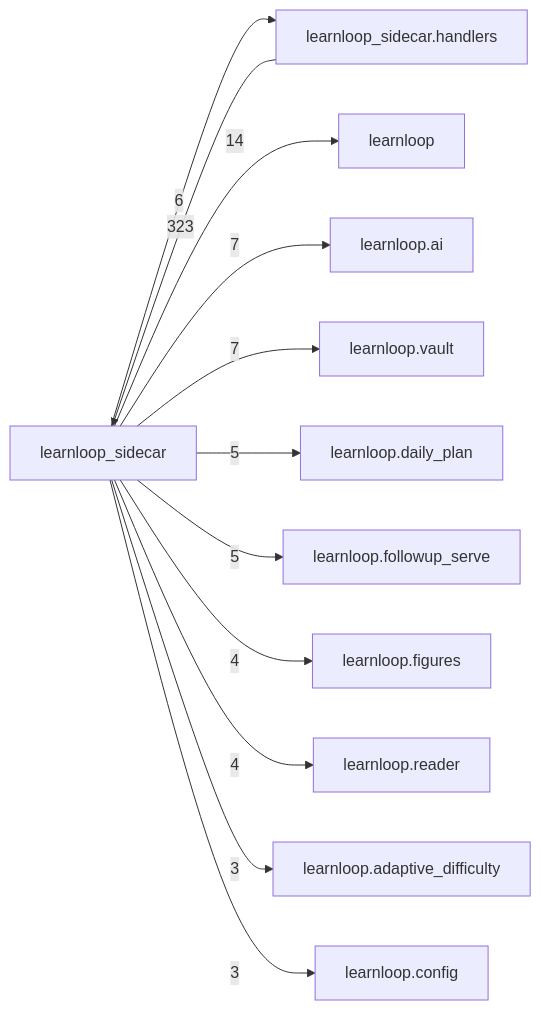
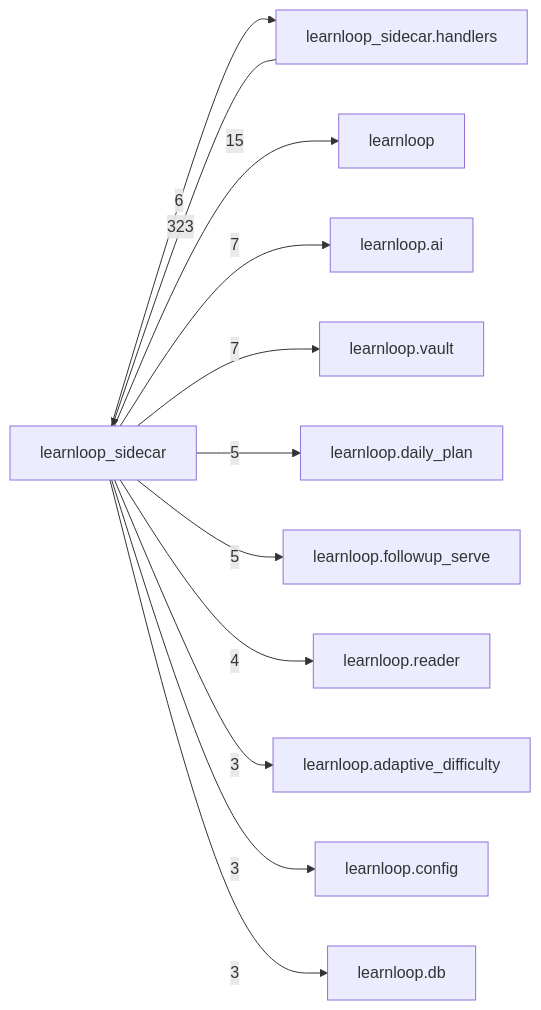
The diagram in docs/learnloop-architecture-vault/Reference/Modules/learnloop_sidecar/_package.md (6up-b/learnanything), drawn with Mermaid before and after one commit. The commit also changed other lines of this file and 49 other files, not shown here.

````diff
--- a/docs/learnloop-architecture-vault/Reference/Modules/learnloop_sidecar/_package.md
+++ b/docs/learnloop-architecture-vault/Reference/Modules/learnloop_sidecar/_package.md
@@ -128,25 +128,25 @@
 ```mermaid
 flowchart LR
     center["learnloop_sidecar"]
     n_learnloop_sidecar_handlers["learnloop_sidecar.handlers"]
     n_learnloop["learnloop"]
     n_learnloop_ai["learnloop.ai"]
     n_learnloop_vault["learnloop.vault"]
     n_learnloop_daily_plan["learnloop.daily_plan"]
     n_learnloop_followup_serve["learnloop.followup_serve"]
-    n_learnloop_figures["learnloop.figures"]
     n_learnloop_reader["learnloop.reader"]
     n_learnloop_adaptive_difficulty["learnloop.adaptive_difficulty"]
     n_learnloop_config["learnloop.config"]
+    n_learnloop_db["learnloop.db"]
     n_learnloop_sidecar_handlers -->|323| center
     center -->|6| n_learnloop_sidecar_handlers
-    center -->|14| n_learnloop
+    center -->|15| n_learnloop
     center -->|7| n_learnloop_ai
     center -->|7| n_learnloop_vault
     center -->|5| n_learnloop_daily_plan
     center -->|5| n_learnloop_followup_serve
-    center -->|4| n_learnloop_figures
     center -->|4| n_learnloop_reader
     center -->|3| n_learnloop_adaptive_difficulty
     center -->|3| n_learnloop_config
+    center -->|3| n_learnloop_db
 ```
````
